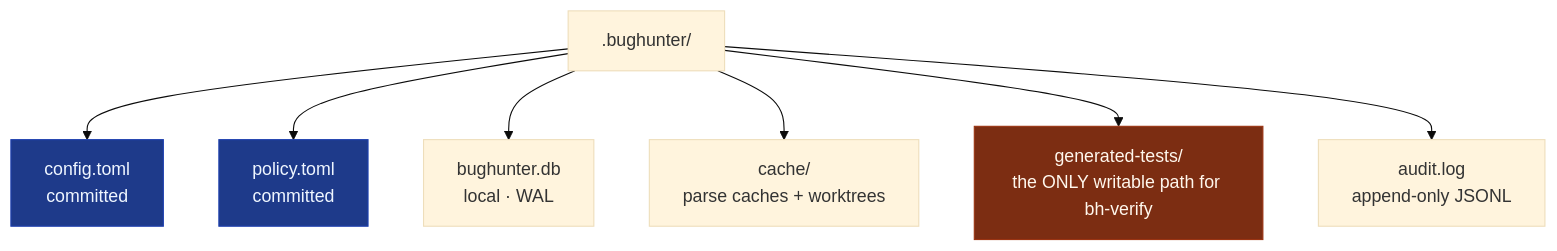
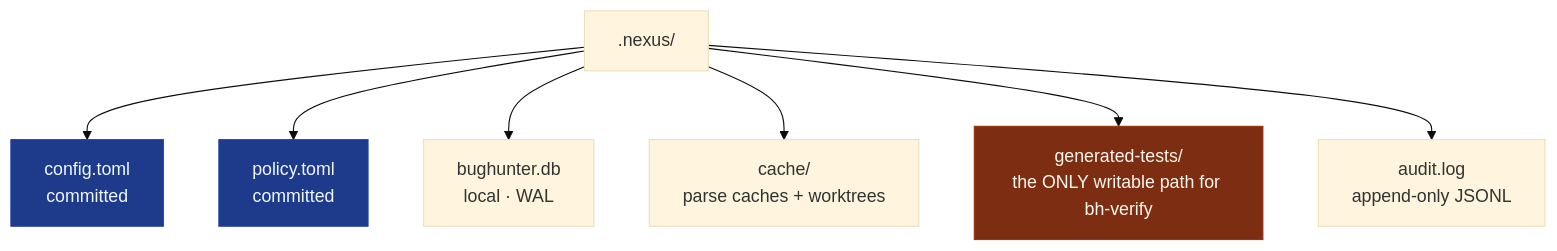
One commit to zorigtbaatarAst/nexus changed the fourth of 4 diagrams in docs/diagrams/system-architecture.md. Above: the diagram before and after it, drawn with Mermaid (base theme). The commit also changed 94 other files, not shown here.

````diff
--- a/docs/diagrams/system-architecture.md
+++ b/docs/diagrams/system-architecture.md
@@ -109,15 +109,15 @@
 ```mermaid
 flowchart TD
-    ROOT[".bughunter/"]
+    ROOT[".nexus/"]
     ROOT --> CFG["config.toml<br/>committed"]
     ROOT --> POL["policy.toml<br/>committed"]
     ROOT --> DB["bughunter.db<br/>local · WAL"]
     ROOT --> CACHE["cache/<br/>parse caches + worktrees"]
     ROOT --> GEN["generated-tests/<br/>the ONLY writable path for bh-verify"]
     ROOT --> AUD["audit.log<br/>append-only JSONL"]
 
     classDef committed fill:#1e3a8a,stroke:#1e40af,color:#eff6ff
     classDef jail fill:#7c2d12,stroke:#9a3412,color:#fff7ed
     class CFG,POL committed
     class GEN jail
 ```
````
